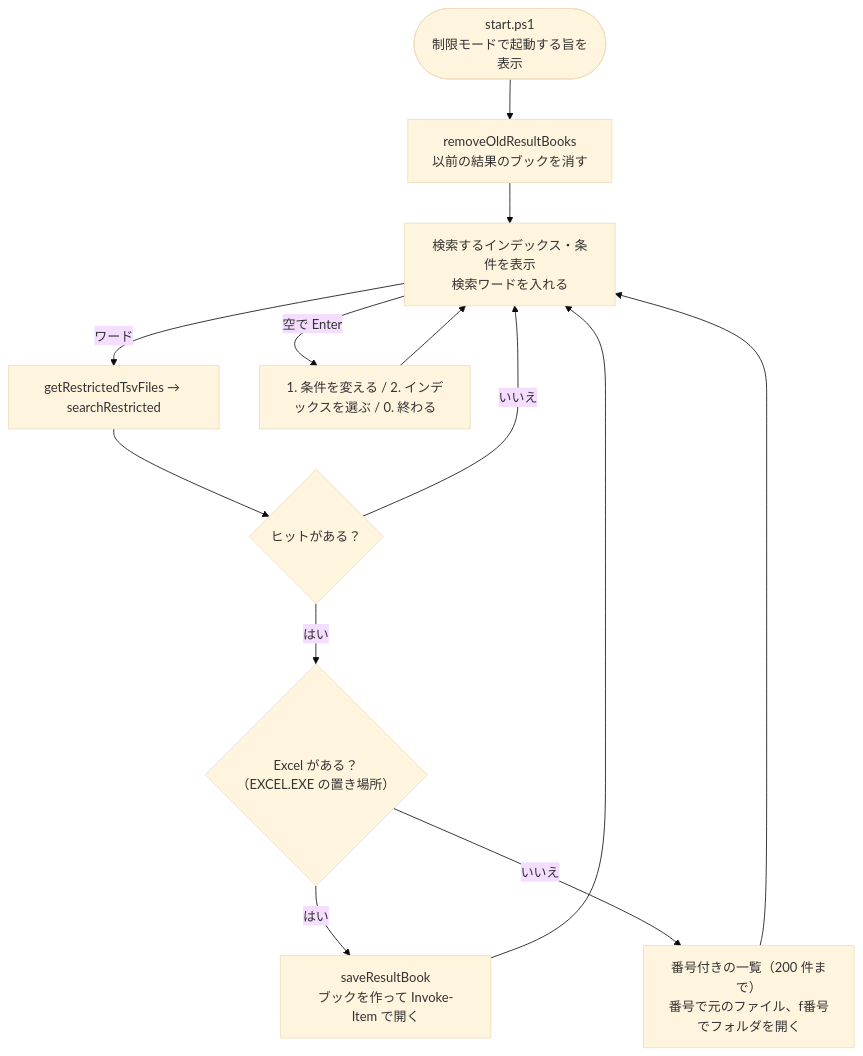
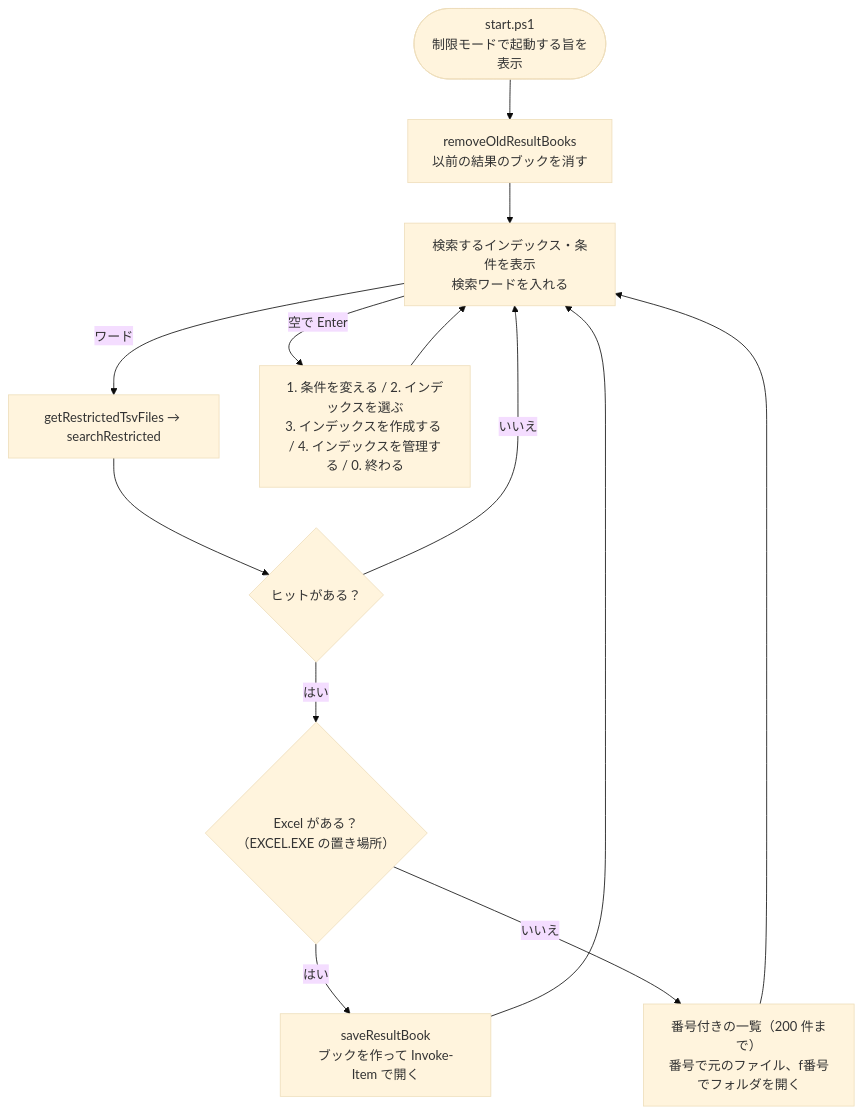
The diagram in docs/05_制限モード.md (hsgwa/tebunko), drawn with Mermaid (base theme) before and after one commit. The commit also changed other lines of this file and 25 other files, not shown here.

````diff
--- a/docs/05_制限モード.md
+++ b/docs/05_制限モード.md
@@ -30,15 +33,15 @@
 ```mermaid
 flowchart TD
     S(["start.ps1<br>制限モードで起動する旨を表示"]) --> C["removeOldResultBooks<br>以前の結果のブックを消す"]
     C --> M["検索するインデックス・条件を表示<br>検索ワードを入れる"]
     M -- "ワード" --> Q["getRestrictedTsvFiles → searchRestricted"]
     Q --> R{"ヒットがある？"}
     R -- いいえ --> M
     R -- はい --> X{"Excel がある？<br>（EXCEL.EXE の置き場所）"}
     X -- はい --> B["saveResultBook<br>ブックを作って Invoke-Item で開く"]
     X -- いいえ --> L["番号付きの一覧（200 件まで）<br>番号で元のファイル、f番号でフォルダを開く"]
     B --> M
     L --> M
-    M -- "空で Enter" --> N["1. 条件を変える / 2. インデックスを選ぶ / 0. 終わる"]
+    M -- "空で Enter" --> N["1. 条件を変える / 2. インデックスを選ぶ<br>3. インデックスを作成する / 4. インデックスを管理する / 0. 終わる"]
     N --> M
 ```
````
